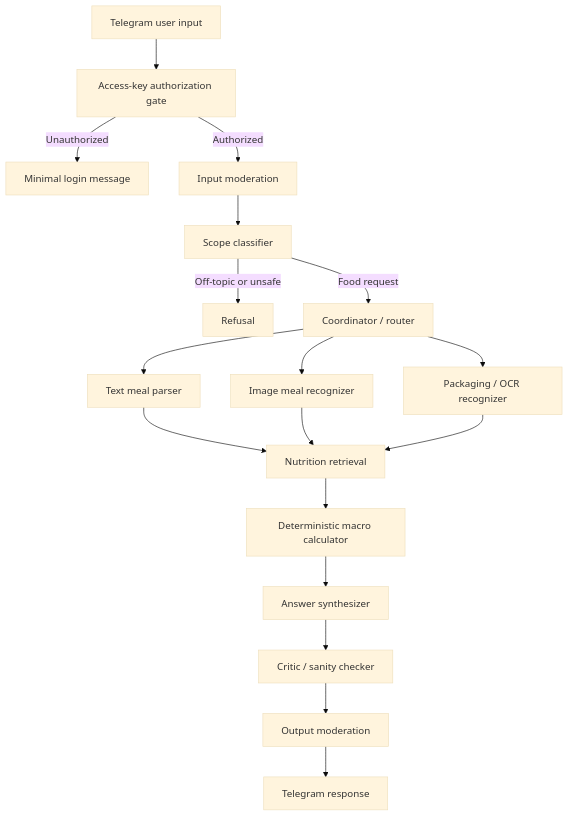
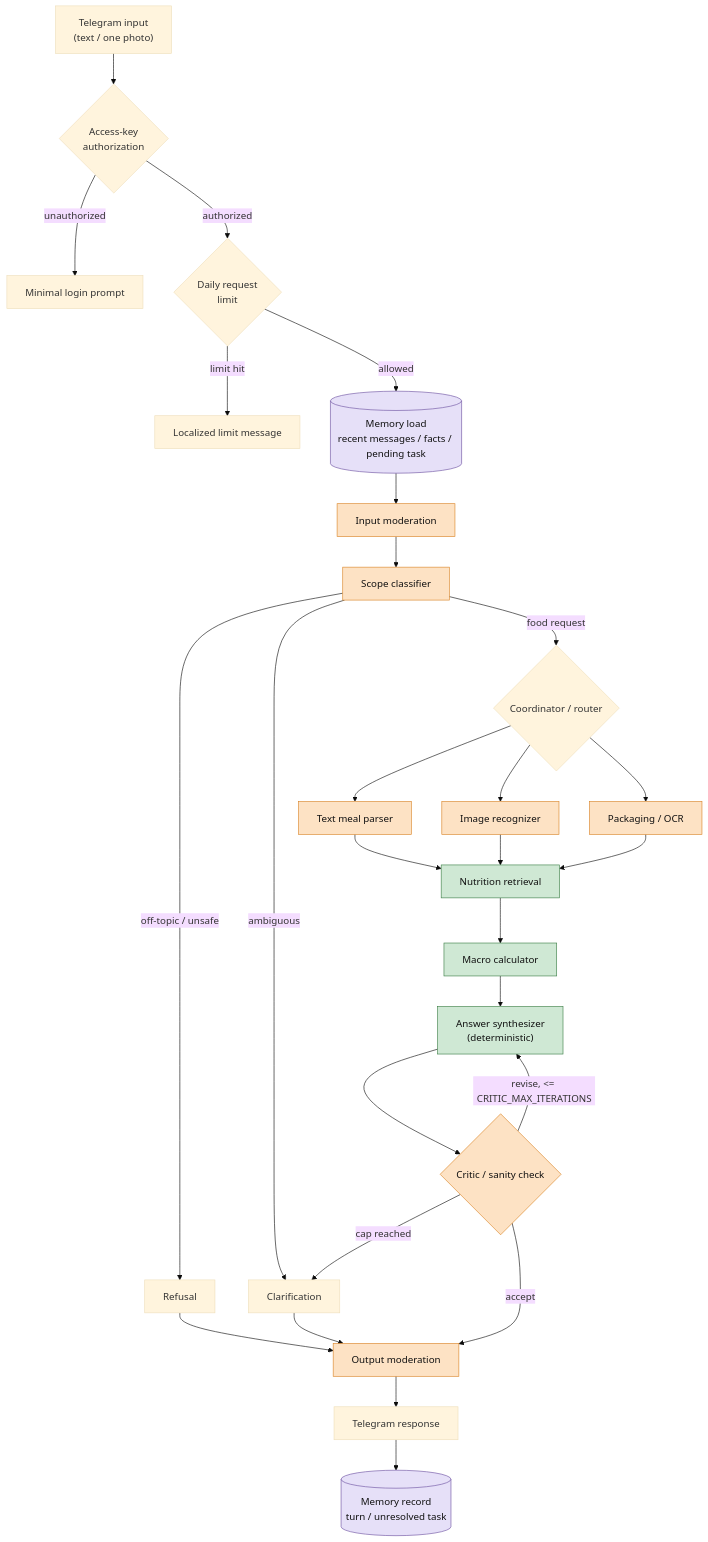
The first of 2 diagrams in README.md (fomin-n/nutrition-agent), drawn with Mermaid (base theme) before and after one commit. The commit also changed other lines of this file and 3 other files, not shown here.

````diff
--- a/README.md
+++ b/README.md
@@ -39,20 +47,36 @@
 ```mermaid
 flowchart TD
-    A["Telegram user input"] --> B["Access-key authorization gate"]
-    B -->|Unauthorized| C["Minimal login message"]
-    B -->|Authorized| D["Input moderation"]
-    D --> E["Scope classifier"]
-    E -->|Off-topic or unsafe| F["Refusal"]
-    E -->|Food request| G["Coordinator / router"]
-    G --> H["Text meal parser"]
-    G --> I["Image meal recognizer"]
-    G --> J["Packaging / OCR recognizer"]
-    H --> K["Nutrition retrieval"]
-    I --> K
-    J --> K
-    K --> L["Deterministic macro calculator"]
-    L --> M["Answer synthesizer"]
-    M --> N["Critic / sanity checker"]
-    N --> O["Output moderation"]
-    O --> P["Telegram response"]
+    U["Telegram input<br/>(text / one photo)"] --> AUTH{"Access-key<br/>authorization"}
+    AUTH -->|unauthorized| LOGIN["Minimal login prompt"]
+    AUTH -->|authorized| LIMIT{"Daily request<br/>limit"}
+    LIMIT -->|limit hit| RATE["Localized limit message"]
+    LIMIT -->|allowed| MEM[("Memory load<br/>recent messages / facts / pending task")]
+    MEM --> MOD1["Input moderation"]
+    MOD1 --> SCOPE["Scope classifier"]
+    SCOPE -->|off-topic / unsafe| REF["Refusal"]
+    SCOPE -->|ambiguous| CLR["Clarification"]
+    SCOPE -->|food request| ROUTE{"Coordinator / router"}
+    ROUTE --> TP["Text meal parser"]
+    ROUTE --> IR["Image recognizer"]
+    ROUTE --> PK["Packaging / OCR"]
+    TP --> RET["Nutrition retrieval"]
+    IR --> RET
+    PK --> RET
+    RET --> CALC["Macro calculator"]
+    CALC --> SYN["Answer synthesizer<br/>(deterministic)"]
+    SYN --> CRIT{"Critic / sanity check"}
+    CRIT -->|revise, <= CRITIC_MAX_ITERATIONS| SYN
+    CRIT -->|cap reached| CLR
+    CRIT -->|accept| MOD2["Output moderation"]
+    REF --> MOD2
+    CLR --> MOD2
+    MOD2 --> OUT["Telegram response"]
+    OUT --> MEMW[("Memory record<br/>turn / unresolved task")]
+
+    classDef llm fill:#fde2c4,stroke:#d98324,color:#111;
+    classDef det fill:#cfe8d4,stroke:#3a7d44,color:#111;
+    classDef mem fill:#e6e0f8,stroke:#6b4fa0,color:#111;
+    class MOD1,SCOPE,TP,IR,PK,CRIT,MOD2 llm;
+    class RET,CALC,SYN det;
+    class MEM,MEMW mem;
 ```
````
